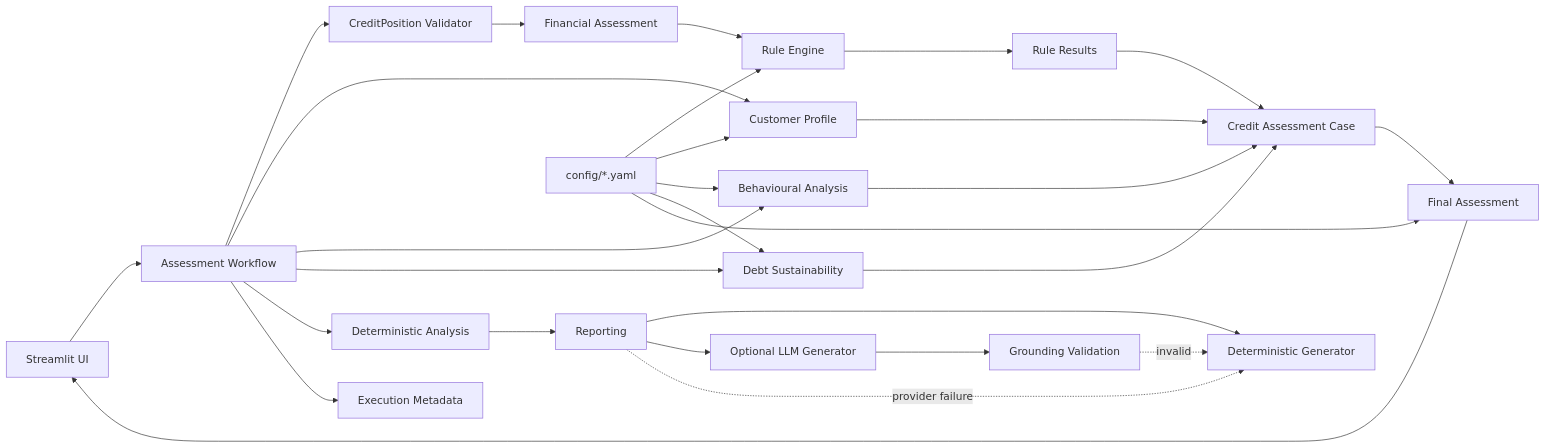
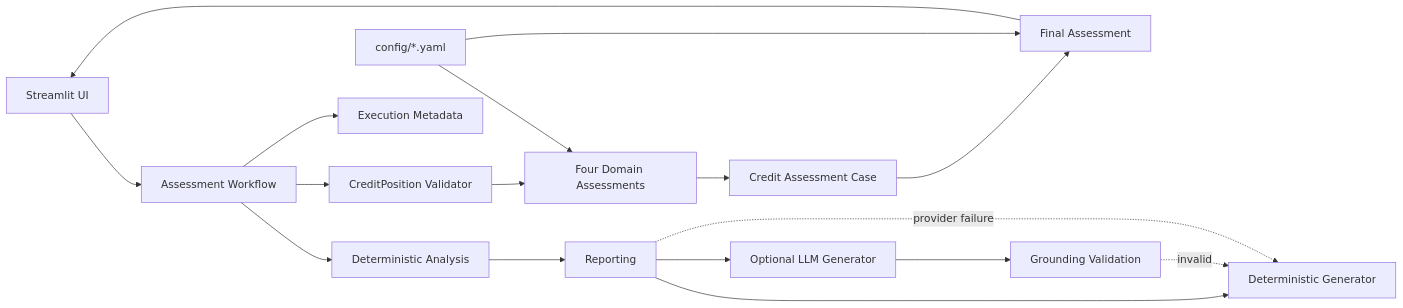
The diagram in docs/architecture-decisions.md (danielematix67-boop/credit-assessment-system), drawn with Mermaid before and after one commit. The commit also changed other lines of this file, not shown here.

Commit message:
docs: update architecture decisions for current UI and narrative contract

````diff
--- a/docs/architecture-decisions.md
+++ b/docs/architecture-decisions.md
@@ -190,30 +199,19 @@
 ```mermaid
 flowchart LR
     UI[Streamlit UI] --> WF[Assessment Workflow]
     WF --> VAL[CreditPosition Validator]
-    VAL --> FIN[Financial Assessment]
-    FIN --> RE[Rule Engine]
-    RE --> RR[Rule Results]
-    WF --> CP[Customer Profile]
-    WF --> BEH[Behavioural Analysis]
-    WF --> DS[Debt Sustainability]
-    RR --> CASE[Credit Assessment Case]
-    CP --> CASE
-    BEH --> CASE
-    DS --> CASE
+    VAL --> DOM[Four Domain Assessments]
+    DOM --> CASE[Credit Assessment Case]
     CASE --> FINAL[Final Assessment]
     FINAL --> UI
     WF --> ANA[Deterministic Analysis]
     ANA --> RP[Reporting]
     RP --> DRG[Deterministic Generator]
     RP --> LLMG[Optional LLM Generator]
     LLMG --> GROUND[Grounding Validation]
     GROUND -. invalid .-> DRG
     RP -. provider failure .-> DRG
     WF --> META[Execution Metadata]
-    CFG[config/*.yaml] --> RE
-    CFG --> CP
-    CFG --> BEH
-    CFG --> DS
+    CFG[config/*.yaml] --> DOM
     CFG --> FINAL
 ```
````
